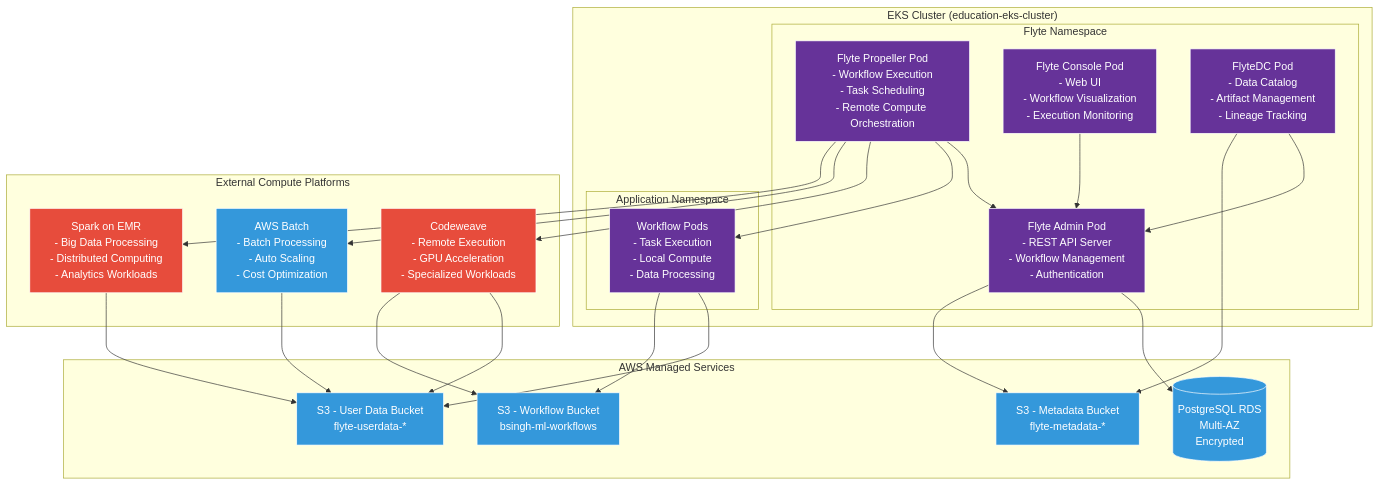
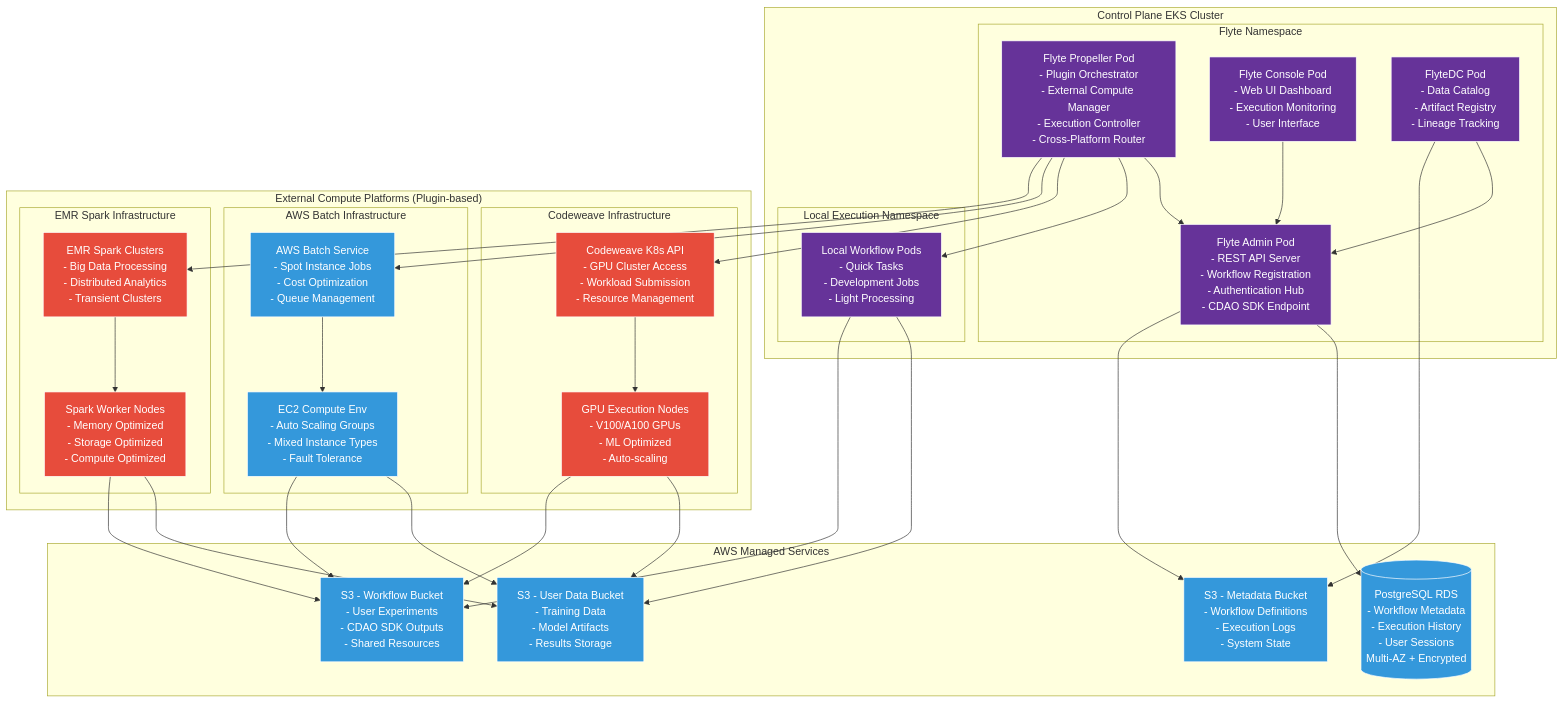
Before and after one commit to bsinghs/app_flyte_wf1: the third of 14 diagrams in FLYTE_AWS_INFRASTRUCTURE_DESIGN.md, drawn with Mermaid. The commit also changed other lines of this file and 1 other file, not shown here.

Commit message:
infra doc for sdk

````diff
--- a/FLYTE_AWS_INFRASTRUCTURE_DESIGN.md
+++ b/FLYTE_AWS_INFRASTRUCTURE_DESIGN.md
@@ -249,58 +249,81 @@
 ```mermaid
 graph TD
-    subgraph "EKS Cluster (education-eks-cluster)"
+    subgraph "Control Plane EKS Cluster"
         subgraph "Flyte Namespace"
-            FA[Flyte Admin Pod<br/>- REST API Server<br/>- Workflow Management<br/>- Authentication]
-            FP[Flyte Propeller Pod<br/>- Workflow Execution<br/>- Task Scheduling<br/>- Remote Compute Orchestration]
-            FC[Flyte Console Pod<br/>- Web UI<br/>- Workflow Visualization<br/>- Execution Monitoring]
-            FDC[FlyteDC Pod<br/>- Data Catalog<br/>- Artifact Management<br/>- Lineage Tracking]
+            FA[Flyte Admin Pod<br/>- REST API Server<br/>- Workflow Registration<br/>- Authentication Hub<br/>- CDAO SDK Endpoint]
+            FP[Flyte Propeller Pod<br/>- Plugin Orchestrator<br/>- External Compute Manager<br/>- Execution Controller<br/>- Cross-Platform Router]
+            FC[Flyte Console Pod<br/>- Web UI Dashboard<br/>- Execution Monitoring<br/>- User Interface]
+            FDC[FlyteDC Pod<br/>- Data Catalog<br/>- Artifact Registry<br/>- Lineage Tracking]
         end
         
-        subgraph "Application Namespace"
-            WP[Workflow Pods<br/>- Task Execution<br/>- Local Compute<br/>- Data Processing]
+        subgraph "Local Execution Namespace"
+            WP[Local Workflow Pods<br/>- Quick Tasks<br/>- Development Jobs<br/>- Light Processing]
         end
     end
     
     subgraph "AWS Managed Services"
-        RDS[(PostgreSQL RDS<br/>Multi-AZ<br/>Encrypted)]
-        S3M[S3 - Metadata Bucket<br/>flyte-metadata-*]
-        S3U[S3 - User Data Bucket<br/>flyte-userdata-*]
-        S3W[S3 - Workflow Bucket<br/>bsingh-ml-workflows]
+        RDS[(PostgreSQL RDS<br/>- Workflow Metadata<br/>- Execution History<br/>- User Sessions<br/>Multi-AZ + Encrypted)]
+        S3M[S3 - Metadata Bucket<br/>- Workflow Definitions<br/>- Execution Logs<br/>- System State]
+        S3U[S3 - User Data Bucket<br/>- Training Data<br/>- Model Artifacts<br/>- Results Storage]
+        S3W[S3 - Workflow Bucket<br/>- User Experiments<br/>- CDAO SDK Outputs<br/>- Shared Resources]
     end
     
-    subgraph "External Compute Platforms"
-        CW[Codeweave<br/>- Remote Execution<br/>- GPU Acceleration<br/>- Specialized Workloads]
-        AWS_BATCH[AWS Batch<br/>- Batch Processing<br/>- Auto Scaling<br/>- Cost Optimization]
-        SPARK[Spark on EMR<br/>- Big Data Processing<br/>- Distributed Computing<br/>- Analytics Workloads]
+    subgraph "External Compute Platforms (Plugin-based)"
+        subgraph "Codeweave Infrastructure"
+            CW[Codeweave K8s API<br/>- GPU Cluster Access<br/>- Workload Submission<br/>- Resource Management]
+            CWE[GPU Execution Nodes<br/>- V100/A100 GPUs<br/>- ML Optimized<br/>- Auto-scaling]
+        end
+        
+        subgraph "AWS Batch Infrastructure"
+            AWS_BATCH[AWS Batch Service<br/>- Spot Instance Jobs<br/>- Cost Optimization<br/>- Queue Management]
+            BATCH_COMPUTE[EC2 Compute Env<br/>- Auto Scaling Groups<br/>- Mixed Instance Types<br/>- Fault Tolerance]
+        end
+        
+        subgraph "EMR Spark Infrastructure"
+            SPARK[EMR Spark Clusters<br/>- Big Data Processing<br/>- Distributed Analytics<br/>- Transient Clusters]
+            SPARK_NODES[Spark Worker Nodes<br/>- Memory Optimized<br/>- Storage Optimized<br/>- Compute Optimized]
+        end
     end
     
-    %% Core Connections
+    %% Core Control Plane Connections
     FA --> RDS
     FA --> S3M
     FP --> FA
-    FP --> WP
-    FP --> CW
-    FP --> AWS_BATCH
-    FP --> SPARK
     FC --> FA
     FDC --> FA
     FDC --> S3M
     
-    %% Data Flow
+    %% Local Execution
+    FP --> WP
     WP --> S3U
     WP --> S3W
-    CW --> S3U
-    CW --> S3W
-    AWS_BATCH --> S3U
-    SPARK --> S3U
+    
+    %% Plugin-based External Execution (Propeller manages all)
+    FP --> CW
+    FP --> AWS_BATCH
+    FP --> SPARK
+    
+    %% External Platform Data Flow
+    CW --> CWE
+    CWE --> S3U
+    CWE --> S3W
+    
+    AWS_BATCH --> BATCH_COMPUTE
+    BATCH_COMPUTE --> S3U
+    BATCH_COMPUTE --> S3W
+    
+    SPARK --> SPARK_NODES
+    SPARK_NODES --> S3U
+    SPARK_NODES --> S3W
     
     %% Styling
     classDef flyte fill:#663399,stroke:#fff,color:#fff
     classDef aws fill:#ff9900,stroke:#fff,color:#fff
     classDef external fill:#e74c3c,stroke:#fff,color:#fff
     classDef storage fill:#3498db,stroke:#fff,color:#fff
+    classDef execution fill:#95a5a6,stroke:#fff,color:#fff
     
     class FA,FP,FC,FDC,WP flyte
-    class RDS,S3M,S3U,S3W,AWS_BATCH storage
-    class CW,SPARK external
+    class RDS,S3M,S3U,S3W,AWS_BATCH,BATCH_COMPUTE storage
+    class CW,CWE,SPARK,SPARK_NODES external
 ```
````
